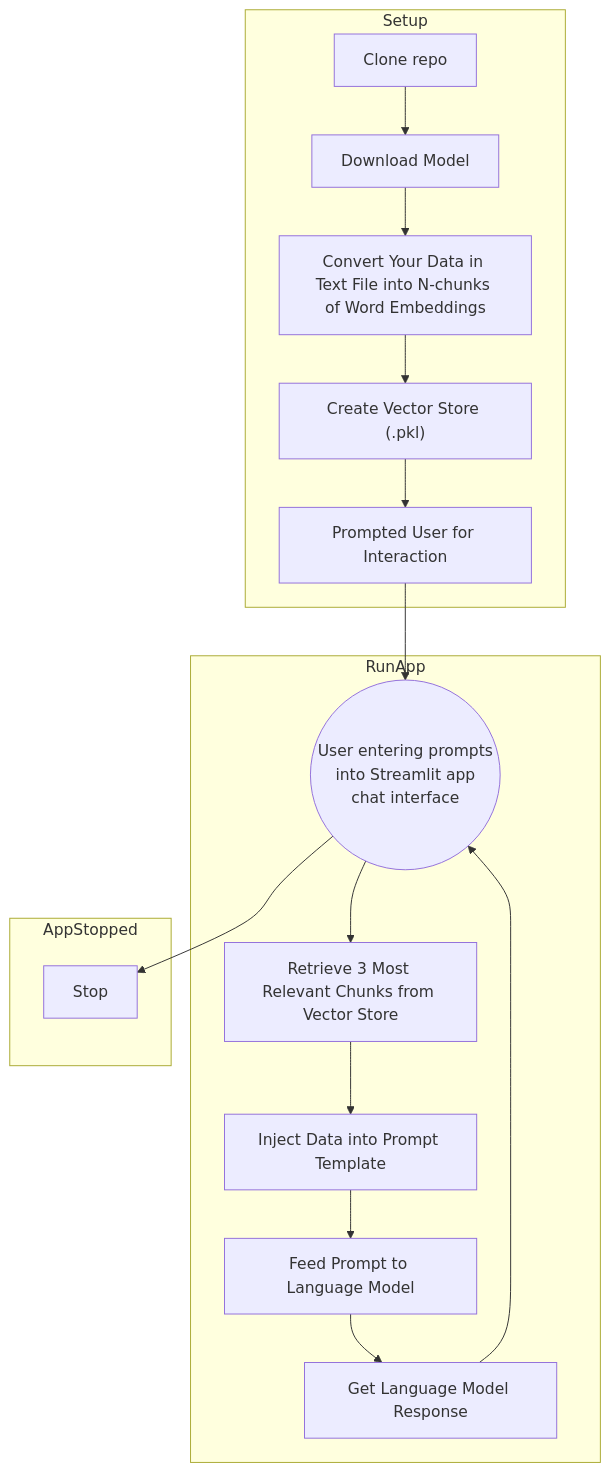
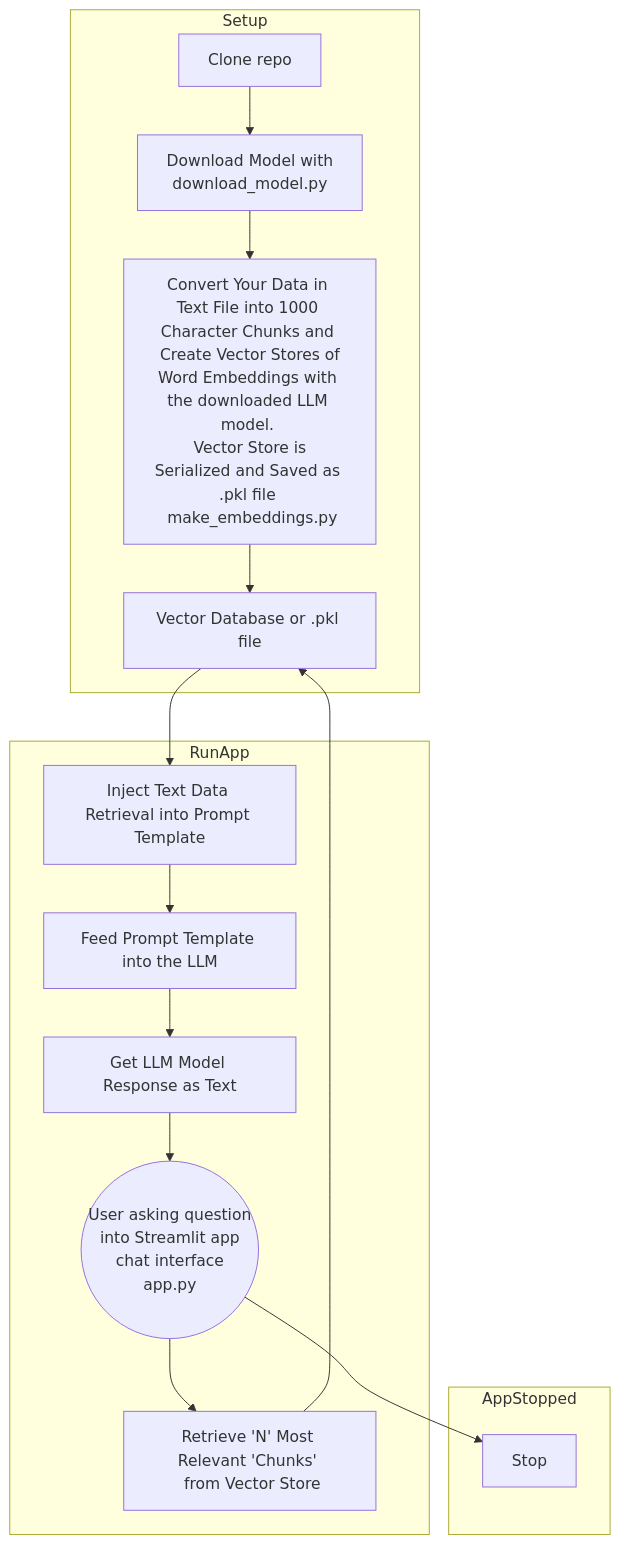
Before and after one commit to bbartling/BrickModelSummarizer: the diagram in README.md, drawn with Mermaid. The commit also changed other lines of this file and 6 other files, not shown here.

````diff
--- a/README.md
+++ b/README.md
@@ -8,34 +8,32 @@
 ```mermaid
 graph TD
   subgraph Setup
     start[Clone repo]
-    downloadModel[Download Model]
-    convertText[Convert Your Data in Text File into N-chunks of Word Embeddings]
-    createVector["Create Vector Store (.pkl)"]
-    prompt[Prompted User for Interaction]
+    downloadModel[Download Model with <br/> download_model.py]
+    makeEmbeddings[Convert Your Data in Text File into 1000 Character Chunks and <br/> Create Vector Stores of Word Embeddings with the downloaded LLM model. <br/> Vector Store is Serialized and Saved as .pkl file <br/> make_embeddings.py]
+    vectorStores[Vector Database or .pkl file]
   end
 
   subgraph RunApp
-    loop((User entering prompts<br>into Streamlit app<br>chat interface))
-    retrieve[Retrieve 3 Most Relevant Chunks from Vector Store]
-    inject[Inject Data into Prompt Template]
-    feed[Feed Prompt to Language Model]
-    response[Get Language Model Response]
+    loop((User asking question<br>into Streamlit app<br>chat interface <br> app.py))
+    myData[Retrieve 'N' Most Relevant 'Chunks' <br/> from Vector Store]
+    inject[Inject Text Data Retrieval into Prompt Template]
+    feed[Feed Prompt Template into the LLM]
+    response[Get LLM Model Response as Text]
   end
 
   subgraph AppStopped
     stop[Stop]
   end
 
   start --> downloadModel
-  downloadModel --> convertText
-  convertText --> createVector
-  createVector --> prompt
-  prompt --> loop
-  loop --> retrieve
-  retrieve --> inject
+  downloadModel --> makeEmbeddings
+  makeEmbeddings --> vectorStores
+  loop --> myData
+  myData --> vectorStores
+  vectorStores --> inject
   inject --> feed
   feed --> response
   response --> loop
   loop --> stop
 ```
````
